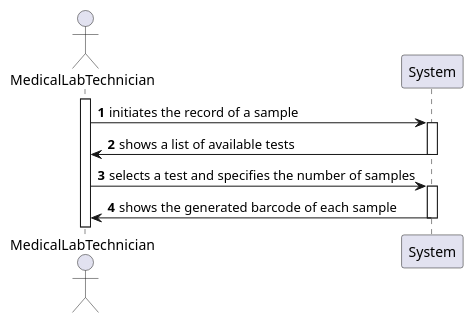
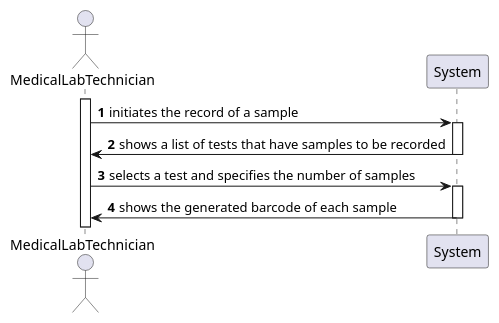
One commit to jsmarques98/LAPR2-ISEP changed the diagram in docs/SprintC/US5/US5-SSD.puml. Above: the diagram before and after it, drawn with PlantUML. The commit also changed 6 other files, not shown here.

```diff
--- a/docs/SprintC/US5/US5-SSD.puml
+++ b/docs/SprintC/US5/US5-SSD.puml
@@ -1,21 +1,21 @@
 @startuml
 autonumber
 
 actor "MedicalLabTechnician" as MLT
 participant "System" as SYS
 
 activate MLT
 
 MLT -> SYS : initiates the record of a sample
 activate SYS
 
-SYS -> MLT : shows a list of available tests
+SYS -> MLT : shows a list of tests that have samples to be recorded
 deactivate SYS
 
 MLT -> SYS : selects a test and specifies the number of samples
 activate SYS
 
 SYS -> MLT : shows the generated barcode of each sample
 deactivate SYS
 
 @enduml
```
